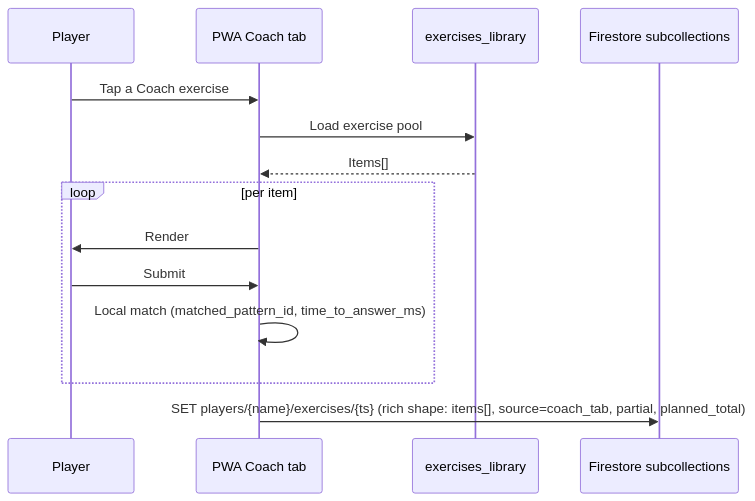
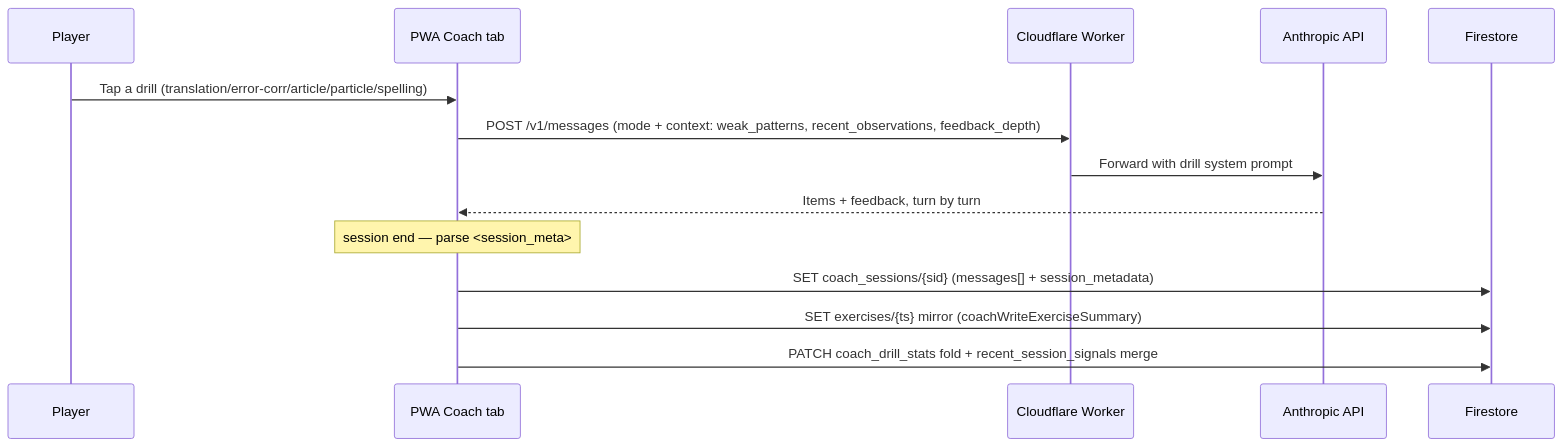
One commit to ArtemSeliverstov/english-quiz changed the second of 5 diagrams in docs/data-flow.md. Above: the diagram before and after it, drawn with Mermaid. The commit also changed other lines of this file and 25 other files, not shown here.

````diff
--- a/docs/data-flow.md
+++ b/docs/data-flow.md
@@ -44,16 +46,16 @@
 ```mermaid
 sequenceDiagram
     participant U as Player
     participant C as PWA Coach tab
-    participant L as exercises_library
-    participant FS as Firestore subcollections
-    U->>C: Tap a Coach exercise
-    C->>L: Load exercise pool
-    L-->>C: Items[]
-    loop per item
-        C->>U: Render
-        U->>C: Submit
-        C->>C: Local match (matched_pattern_id, time_to_answer_ms)
-    end
-    C->>FS: SET players/{name}/exercises/{ts} (rich shape: items[], source=coach_tab, partial, planned_total)
+    participant W as Cloudflare Worker
+    participant A as Anthropic API
+    participant FS as Firestore
+    U->>C: Tap a drill (translation/error-corr/article/particle/spelling)
+    C->>W: POST /v1/messages (mode + context: weak_patterns, recent_observations, feedback_depth)
+    W->>A: Forward with drill system prompt
+    A-->>C: Items + feedback, turn by turn
+    Note over C: session end — parse <session_meta>
+    C->>FS: SET coach_sessions/{sid} (messages[] + session_metadata)
+    C->>FS: SET exercises/{ts} mirror (coachWriteExerciseSummary)
+    C->>FS: PATCH coach_drill_stats fold + recent_session_signals merge
 ```
````
